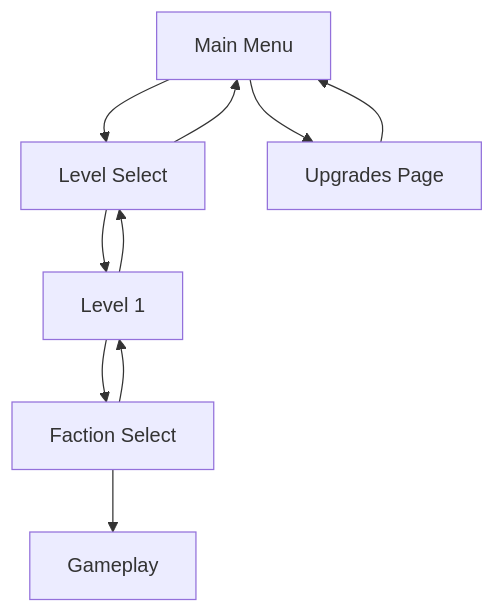
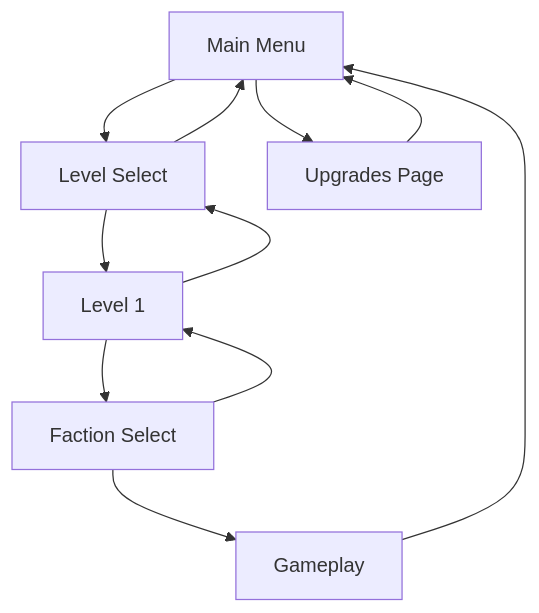
The diagram in docs/project_layout.md (nathanpons/rts-pve), drawn with Mermaid before and after one commit.

Commit message:
docs: add link back to main menu

````diff
--- a/docs/project_layout.md
+++ b/docs/project_layout.md
@@ -5,11 +5,12 @@
 ```mermaid
 graph TD
 A[Main Menu] --> B[Level Select] & C[Upgrades Page]
 C --> A
 B --> D[Level 1] & A
 D --> B
 D --> E[Faction Select]
 E --> D
 E --> G[Gameplay]
+G --> A
 
 ```
````
